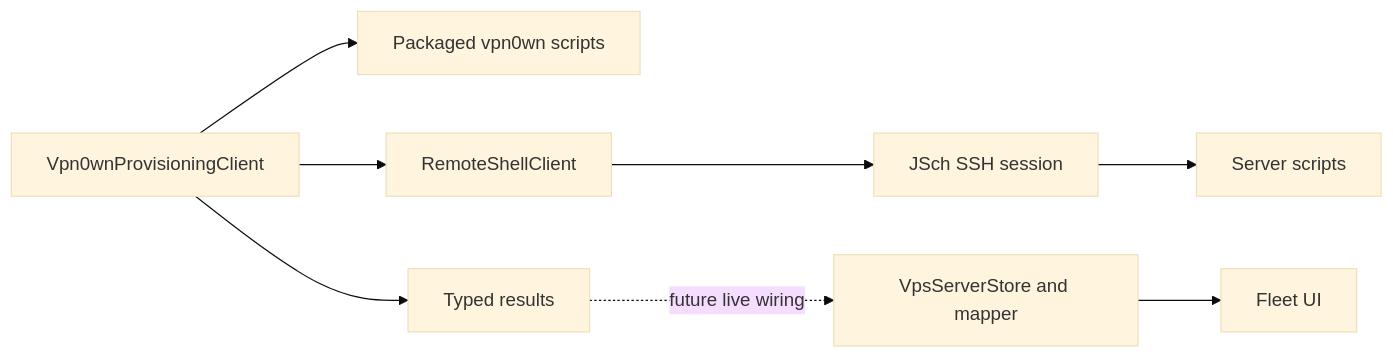
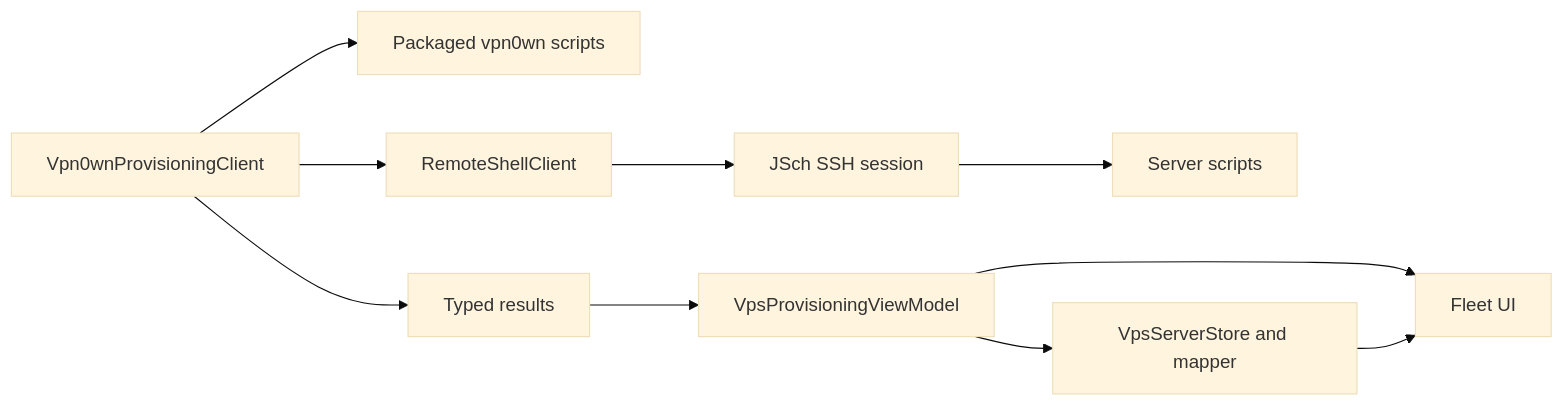
One commit to novakin/vpn0wn-android changed the second of 2 diagrams in docs/architecture.md. Above: the diagram before and after it, drawn with Mermaid (base theme). The commit also changed other lines of this file and 24 other files, not shown here.

````diff
--- a/docs/architecture.md
+++ b/docs/architecture.md
@@ -56,10 +56,12 @@
 ```mermaid
 flowchart LR
     Client[Vpn0wnProvisioningClient] --> Bundle[Packaged vpn0wn scripts]
     Client --> Boundary[RemoteShellClient]
     Boundary --> SSH[JSch SSH session]
     SSH --> Server[Server scripts]
     Client --> Results[Typed results]
-    Results -. future live wiring .-> Fleet[VpsServerStore and mapper]
+    Results --> Wizard[VpsProvisioningViewModel]
+    Wizard --> Fleet[VpsServerStore and mapper]
+    Wizard --> Screen
     Fleet --> Screen[Fleet UI]
 ```
````
